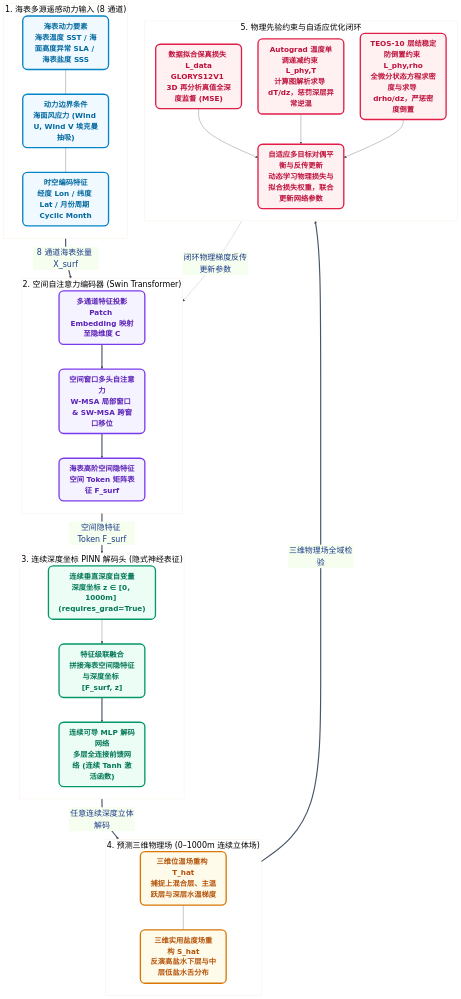
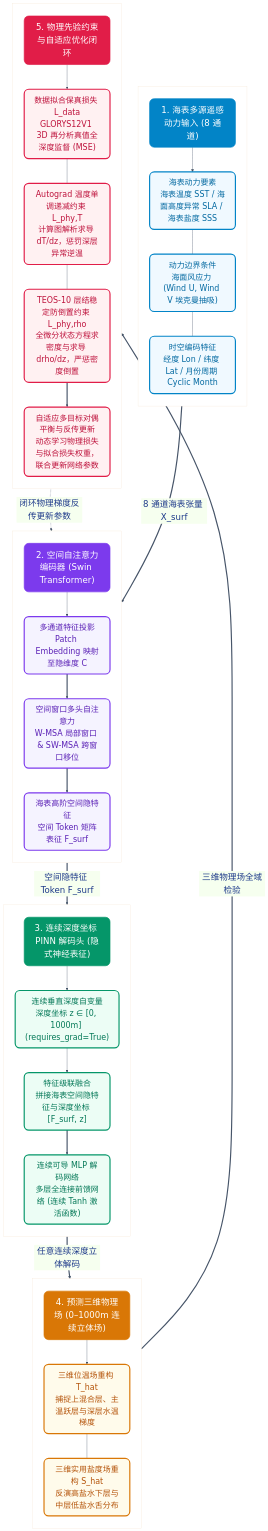
Before and after one commit to ldray857/Pinn-Ocean: the diagram in README.zh.md, drawn with Mermaid. The commit also changed 1 other file, not shown here.

Commit message:
docs: use dedicated header card nodes in mermaid to eliminate text collision

````diff
--- a/README.zh.md
+++ b/README.zh.md
@@ -53,64 +53,79 @@
 ```mermaid
-%%{init: {'theme': 'base', 'themeVariables': { 'fontSize': '24px', 'fontFamily': 'system-ui, -apple-system, sans-serif', 'primaryColor': '#eff6ff', 'primaryBorderColor': '#3b82f6', 'primaryTextColor': '#1e3a8a', 'lineColor': '#475569' }}}%%
+%%{init: {'theme': 'base', 'themeVariables': { 'fontSize': '26px', 'fontFamily': 'system-ui, -apple-system, sans-serif', 'primaryColor': '#eff6ff', 'primaryBorderColor': '#3b82f6', 'primaryTextColor': '#1e3a8a', 'lineColor': '#475569' }}}%%
 flowchart TD
-    subgraph S1 ["1. 海表多源遥感动力输入 (8 通道)"]
+    subgraph S1 [" "]
         direction TB
-        I1["<b>海表动力要素</b><br>海表温度 SST / 海面高度异常 SLA / 海表盐度 SSS"]
-        I2["<b>动力边界条件</b><br>海面风应力 (Wind U, Wind V 埃克曼抽吸)"]
-        I3["<b>时空编码特征</b><br>经度 Lon / 纬度 Lat / 月份周期 Cyclic Month"]
-        I1 --- I2 --- I3
+        H1["1. 海表多源遥感动力输入 (8 通道)"]
+        I1["海表动力要素<br>海表温度 SST / 海面高度异常 SLA / 海表盐度 SSS"]
+        I2["动力边界条件<br>海面风应力 (Wind U, Wind V 埃克曼抽吸)"]
+        I3["时空编码特征<br>经度 Lon / 纬度 Lat / 月份周期 Cyclic Month"]
+        H1 --> I1 --- I2 --- I3
     end
 
-    subgraph S2 ["2. 空间自注意力编码器 (Swin Transformer)"]
+    subgraph S2 [" "]
         direction TB
-        E1["<b>多通道特征投影</b><br>Patch Embedding 映射至隐维度 C"]
-        E2["<b>空间窗口多头自注意力</b><br>W-MSA 局部窗口 & SW-MSA 跨窗口移位"]
-        E3["<b>海表高阶空间隐特征</b><br>空间 Token 矩阵表征 F_surf"]
-        E1 ==> E2 ==> E3
+        H2["2. 空间自注意力编码器 (Swin Transformer)"]
+        E1["多通道特征投影<br>Patch Embedding 映射至隐维度 C"]
+        E2["空间窗口多头自注意力<br>W-MSA 局部窗口 & SW-MSA 跨窗口移位"]
+        E3["海表高阶空间隐特征<br>空间 Token 矩阵表征 F_surf"]
+        H2 --> E1 ==> E2 ==> E3
     end
 
-    subgraph S3 ["3. 连续深度坐标 PINN 解码头 (隐式神经表征)"]
+    subgraph S3 [" "]
         direction TB
-        D1["<b>连续垂直深度自变量</b><br>深度坐标 z ∈ [0, 1000m] (requires_grad=True)"]
-        D2["<b>特征级联融合</b><br>拼接海表空间隐特征与深度坐标 [F_surf, z]"]
-        D3["<b>连续可导 MLP 解码网络</b><br>多层全连接前馈网络 (连续 Tanh 激活函数)"]
-        D1 --> D2 ==> D3
+        H3["3. 连续深度坐标 PINN 解码头 (隐式神经表征)"]
+        D1["连续垂直深度自变量<br>深度坐标 z ∈ [0, 1000m] (requires_grad=True)"]
+        D2["特征级联融合<br>拼接海表空间隐特征与深度坐标 [F_surf, z]"]
+        D3["连续可导 MLP 解码网络<br>多层全连接前馈网络 (连续 Tanh 激活函数)"]
+        H3 --> D1 --> D2 ==> D3
     end
 
-    subgraph S4 ["4. 预测三维物理场 (0–1000m 连续立体场)"]
+    subgraph S4 [" "]
         direction TB
-        O1["<b>三维位温场重构 T_hat</b><br>捕捉上混合层、主温跃层与深层水温梯度"]
-        O2["<b>三维实用盐度场重构 S_hat</b><br>反演高盐水下层与中层低盐水舌分布"]
-        O1 --- O2
+        H4["4. 预测三维物理场 (0–1000m 连续立体场)"]
+        O1["三维位温场重构 T_hat<br>捕捉上混合层、主温跃层与深层水温梯度"]
+        O2["三维实用盐度场重构 S_hat<br>反演高盐水下层与中层低盐水舌分布"]
+        H4 --> O1 --- O2
     end
 
-    subgraph S5 ["5. 物理先验约束与自适应优化闭环"]
+    subgraph S5 [" "]
         direction TB
-        P1["<b>数据拟合保真损失 L_data</b><br>GLORYS12V1 3D 再分析真值全深度监督 (MSE)"]
-        P2["<b>Autograd 温度单调递减约束 L_phy,T</b><br>计算图解析求导 dT/dz，惩罚深层异常逆温"]
-        P3["<b>TEOS-10 层结稳定防倒置约束 L_phy,rho</b><br>全微分状态方程求密度与求导 drho/dz，严惩密度倒置"]
-        Opt["<b>自适应多目标对偶平衡与反传更新</b><br>动态学习物理损失与拟合损失权重，联合更新网络参数"]
-        P1 --> Opt
-        P2 --> Opt
-        P3 --> Opt
+        H5["5. 物理先验约束与自适应优化闭环"]
+        P1["数据拟合保真损失 L_data<br>GLORYS12V1 3D 再分析真值全深度监督 (MSE)"]
+        P2["Autograd 温度单调递减约束 L_phy,T<br>计算图解析求导 dT/dz，惩罚深层异常逆温"]
+        P3["TEOS-10 层结稳定防倒置约束 L_phy,rho<br>全微分状态方程求密度与求导 drho/dz，严惩密度倒置"]
+        Opt["自适应多目标对偶平衡与反传更新<br>动态学习物理损失与拟合损失权重，联合更新网络参数"]
+        H5 --> P1 --- P2 --- P3 ==> Opt
     end
 
-    S1 ==>|8 通道海表张量 X_surf| S2
-    S2 ==>|空间隐特征 Token F_surf| S3
-    S3 ==>|任意连续深度立体解码| S4
-    S4 ==>|三维物理场全域检验| S5
-    Opt -. 闭环物理梯度反传更新参数 .-> S2
+    I3 ==>|8 通道海表张量 X_surf| H2
+    E3 ==>|空间隐特征 Token F_surf| H3
+    D3 ==>|任意连续深度立体解码| H4
+    O2 ==>|三维物理场全域检验| H5
+    Opt -. 闭环物理梯度反传更新参数 .-> H2
 
-    classDef default font-size:22px;
-    classDef inputStyle fill:#F0F9FF,stroke:#0284C7,stroke-width:4px,color:#0369A1,rx:14px,ry:14px,font-size:22px,font-weight:bold;
-    classDef encStyle fill:#F5F3FF,stroke:#7C3AED,stroke-width:4px,color:#5B21B6,rx:14px,ry:14px,font-size:22px,font-weight:bold;
-    classDef pinnStyle fill:#ECFDF5,stroke:#059669,stroke-width:4px,color:#047857,rx:14px,ry:14px,font-size:22px,font-weight:bold;
-    classDef outStyle fill:#FFFBEB,stroke:#D97706,stroke-width:4px,color:#B45309,rx:14px,ry:14px,font-size:22px,font-weight:bold;
-    classDef phyStyle fill:#FFF1F2,stroke:#E11D48,stroke-width:4px,color:#BE123C,rx:14px,ry:14px,font-size:22px,font-weight:bold;
+    classDef default font-size:25px;
+    classDef headStyle1 fill:#0284C7,stroke:#0284C7,stroke-width:2px,color:#FFFFFF,rx:14px,ry:14px,font-size:26px,font-weight:normal;
+    classDef headStyle2 fill:#7C3AED,stroke:#7C3AED,stroke-width:2px,color:#FFFFFF,rx:14px,ry:14px,font-size:26px,font-weight:normal;
+    classDef headStyle3 fill:#059669,stroke:#059669,stroke-width:2px,color:#FFFFFF,rx:14px,ry:14px,font-size:26px,font-weight:normal;
+    classDef headStyle4 fill:#D97706,stroke:#D97706,stroke-width:2px,color:#FFFFFF,rx:14px,ry:14px,font-size:26px,font-weight:normal;
+    classDef headStyle5 fill:#E11D48,stroke:#E11D48,stroke-width:2px,color:#FFFFFF,rx:14px,ry:14px,font-size:26px,font-weight:normal;
+
+    classDef inputStyle fill:#F0F9FF,stroke:#0284C7,stroke-width:3.5px,color:#0369A1,rx:14px,ry:14px,font-size:24px,font-weight:normal;
+    classDef encStyle fill:#F5F3FF,stroke:#7C3AED,stroke-width:3.5px,color:#5B21B6,rx:14px,ry:14px,font-size:24px,font-weight:normal;
+    classDef pinnStyle fill:#ECFDF5,stroke:#059669,stroke-width:3.5px,color:#047857,rx:14px,ry:14px,font-size:24px,font-weight:normal;
+    classDef outStyle fill:#FFFBEB,stroke:#D97706,stroke-width:3.5px,color:#B45309,rx:14px,ry:14px,font-size:24px,font-weight:normal;
+    classDef phyStyle fill:#FFF1F2,stroke:#E11D48,stroke-width:3.5px,color:#BE123C,rx:14px,ry:14px,font-size:24px,font-weight:normal;
+
+    class H1 headStyle1;
+    class H2 headStyle2;
+    class H3 headStyle3;
+    class H4 headStyle4;
+    class H5 headStyle5;
 
     class I1,I2,I3 inputStyle;
     class E1,E2,E3 encStyle;
     class D1,D2,D3 pinnStyle;
     class O1,O2 outStyle;
     class P1,P2,P3,Opt phyStyle;
 ```
````
